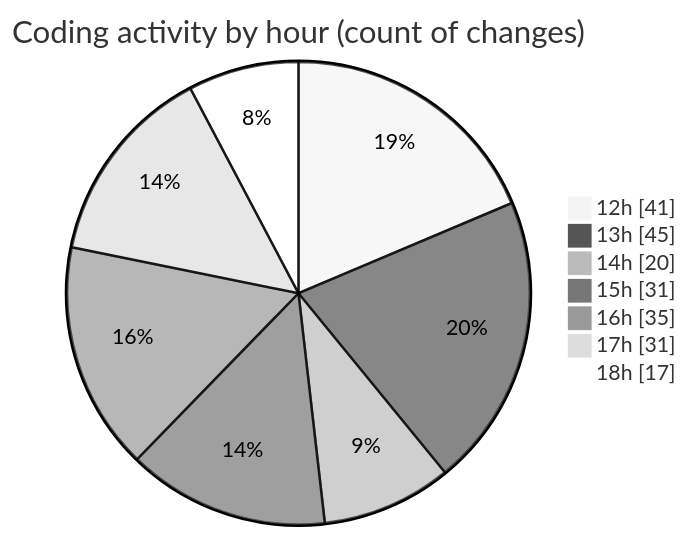
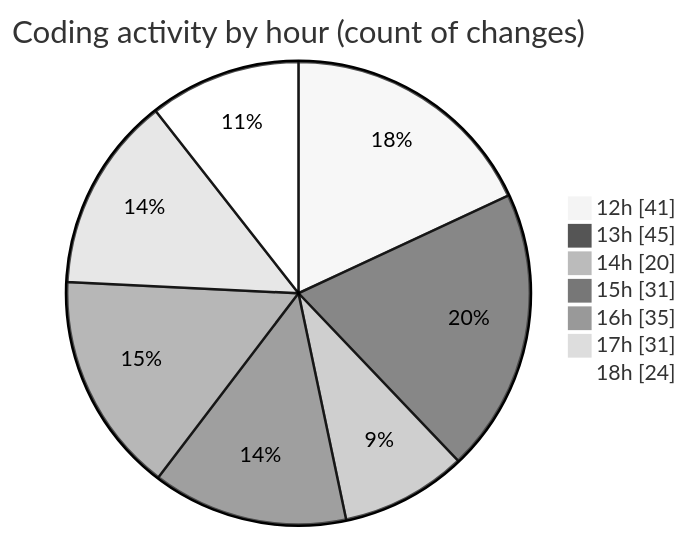
The second of 2 diagrams in 2025-12-02/cda/README.md (momahboobian/code-tracking), drawn with Mermaid (neutral theme) before and after one commit. The commit also changed other lines of this file and 1 other file, not shown here.

````diff
--- a/2025-12-02/cda/README.md
+++ b/2025-12-02/cda/README.md
@@ -40,11 +40,11 @@
 ```mermaid
 pie showData
 title Coding activity by hour (count of changes)
 "12h" : 41
 "13h" : 45
 "14h" : 20
 "15h" : 31
 "16h" : 35
 "17h" : 31
-"18h" : 17
+"18h" : 24
 ```
````
